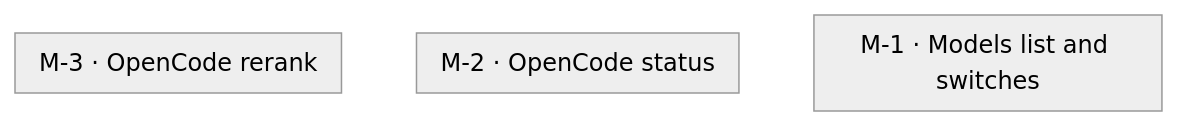
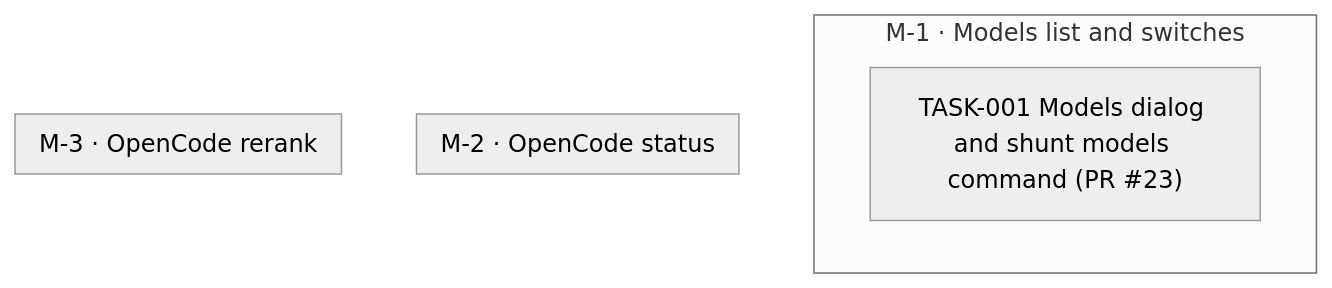
One commit to jesusvillota/shunt changed the diagram in goals/model-filter/README.md. Above: the diagram before and after it, drawn with Mermaid (neutral theme). The commit also changed 1 other file, not shown here.

Commit message:
goal(model-filter): add TASK-001 Models dialog and shunt models command (PR #23)

````diff
--- a/goals/model-filter/README.md
+++ b/goals/model-filter/README.md
@@ -47,12 +47,13 @@
 ```mermaid
 flowchart TD
   subgraph M_1["M-1 · Models list and switches"]
+    TASK_001["TASK-001 Models dialog and shunt models command (PR #23)"]
   end
   subgraph M_2["M-2 · OpenCode status"]
   end
   subgraph M_3["M-3 · OpenCode rerank"]
   end
   classDef draft stroke-dasharray: 4 3
   classDef cancelled opacity:0.45
   classDef decision fill:#f3e8ff,stroke:#7c3aed
 ```
````
